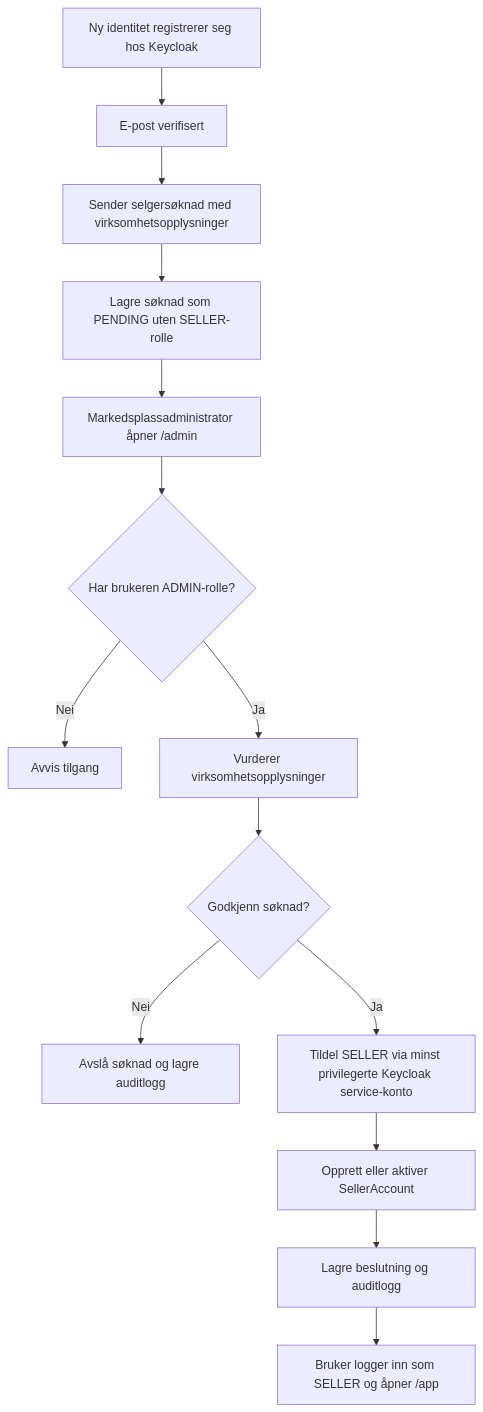
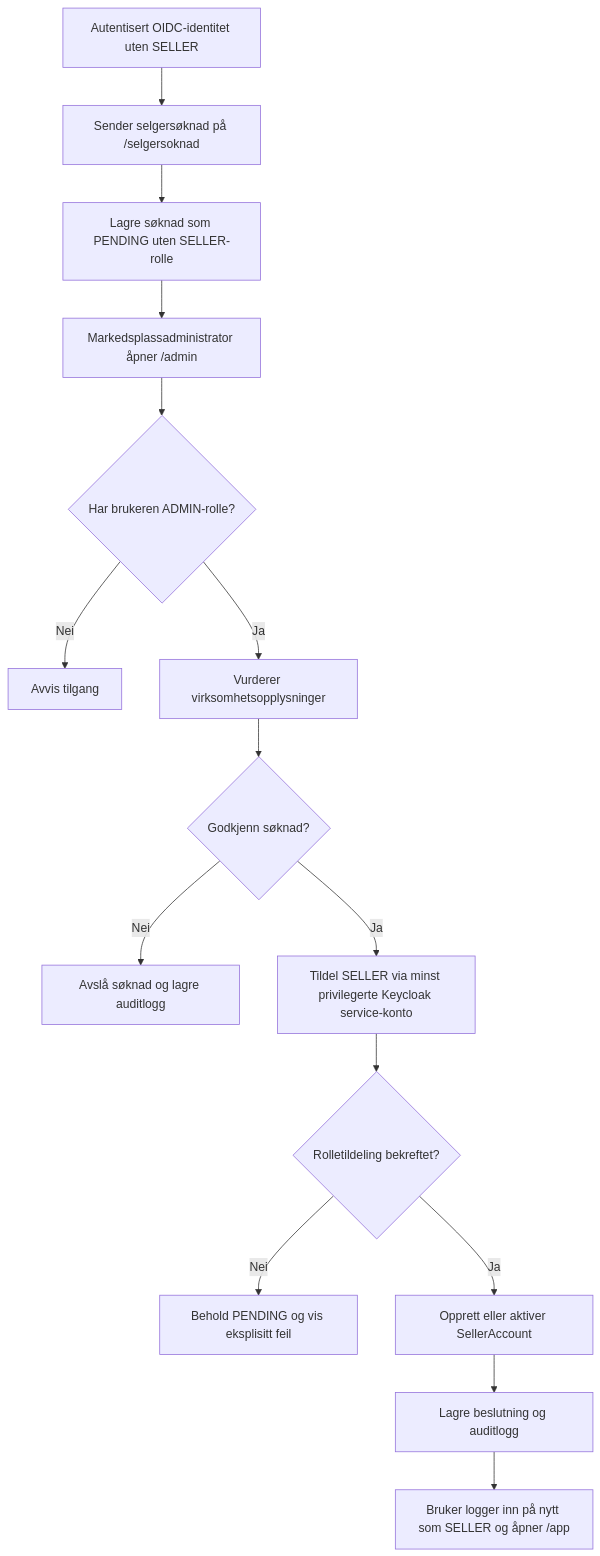
One commit to vardaasen/prosjekt changed the seventh of 9 diagrams in docs/userflows/seo-public-app-diagrams.md. Above: the diagram before and after it, drawn with Mermaid. The commit also changed other lines of this file and 2 other files, not shown here.

````diff
--- a/docs/userflows/seo-public-app-diagrams.md
+++ b/docs/userflows/seo-public-app-diagrams.md
@@ -167,16 +168,17 @@
 ```mermaid
 flowchart TD
-    A[Ny identitet registrerer seg hos Keycloak] --> B[E-post verifisert]
-    B --> C[Sender selgersøknad med virksomhetsopplysninger]
+    A[Autentisert OIDC-identitet uten SELLER] --> C[Sender selgersøknad på /selgersoknad]
     C --> D[Lagre søknad som PENDING uten SELLER-rolle]
     D --> E[Markedsplassadministrator åpner /admin]
     E --> F{Har brukeren ADMIN-rolle?}
     F -- Nei --> G[Avvis tilgang]
     F -- Ja --> H[Vurderer virksomhetsopplysninger]
     H --> I{Godkjenn søknad?}
     I -- Nei --> J[Avslå søknad og lagre auditlogg]
     I -- Ja --> K[Tildel SELLER via minst privilegerte Keycloak service-konto]
-    K --> L[Opprett eller aktiver SellerAccount]
-    L --> M[Lagre beslutning og auditlogg]
-    M --> N[Bruker logger inn som SELLER og åpner /app]
+    K --> L{Rolletildeling bekreftet?}
+    L -- Nei --> M[Behold PENDING og vis eksplisitt feil]
+    L -- Ja --> N[Opprett eller aktiver SellerAccount]
+    N --> O[Lagre beslutning og auditlogg]
+    O --> P[Bruker logger inn på nytt som SELLER og åpner /app]
 ```
````
